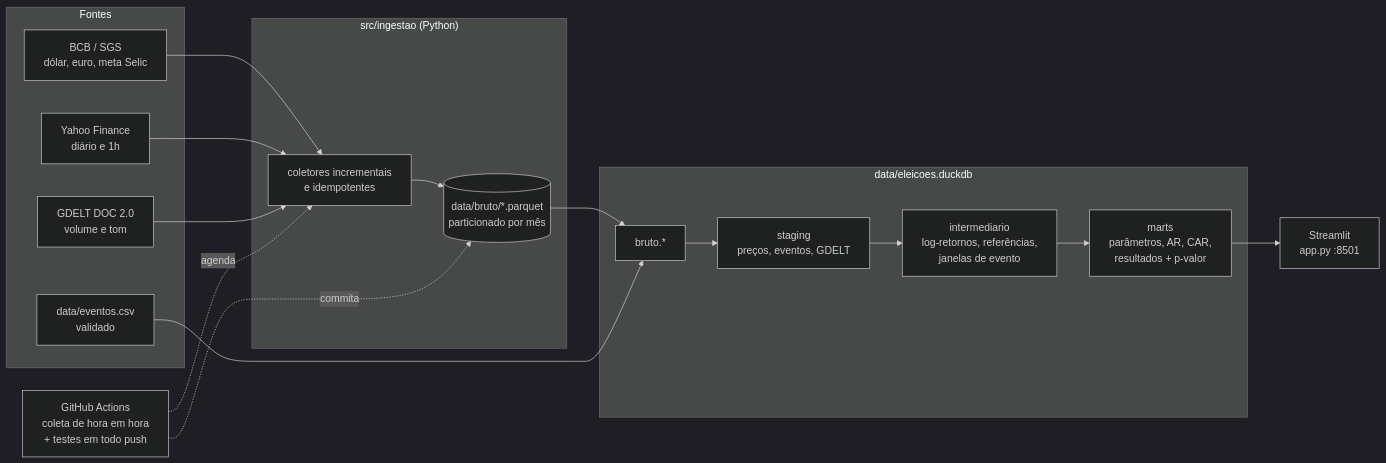
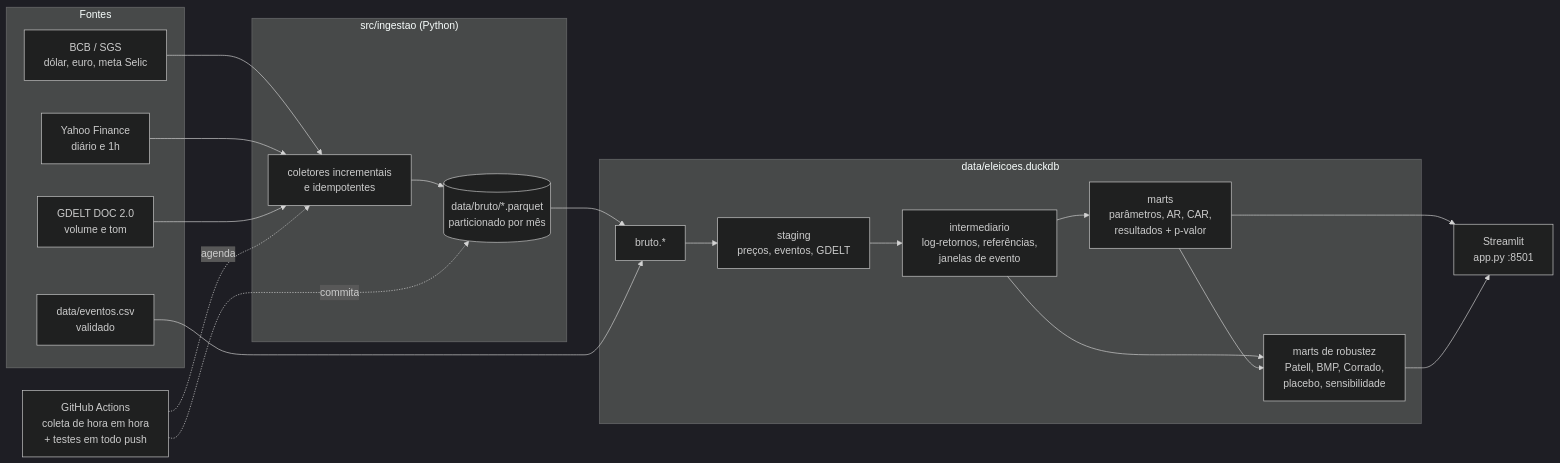
Before and after one commit to ArthurDavila879/eleicoes-mercado: the diagram in README.md, drawn with Mermaid (dark theme). The commit also changed other lines of this file and 111 other files, not shown here.

First line of the commit message:
Fase 1: robustez estatística (Patell, BMP, Corrado, placebo, sensibilidade, Holm)

````diff
--- a/README.md
+++ b/README.md
@@ -19,28 +19,31 @@
 ```mermaid
 flowchart LR
     subgraph Fontes
         BCB[BCB / SGS<br/>dólar, euro, meta Selic]
         YF[Yahoo Finance<br/>diário e 1h]
         GD[GDELT DOC 2.0<br/>volume e tom]
         EV[data/eventos.csv<br/>validado]
     end
     subgraph Ingestão["src/ingestao (Python)"]
         COL[coletores incrementais<br/>e idempotentes]
         PQ[(data/bruto/*.parquet<br/>particionado por mês)]
     end
     subgraph DuckDB["data/eleicoes.duckdb"]
         BR[bruto.*]
         STG[staging<br/>preços, eventos, GDELT]
         INT[intermediario<br/>log-retornos, referências,<br/>janelas de evento]
         MRT[marts<br/>parâmetros, AR, CAR,<br/>resultados + p-valor]
+        ROB[marts de robustez<br/>Patell, BMP, Corrado,<br/>placebo, sensibilidade]
     end
     GA[GitHub Actions<br/>coleta de hora em hora<br/>+ testes em todo push]
     APP[Streamlit<br/>app.py :8501]
 
     BCB & YF & GD --> COL --> PQ --> BR
     EV --> BR
     BR --> STG --> INT --> MRT
-    MRT --> APP
+    INT --> ROB
+    MRT --> ROB
+    MRT & ROB --> APP
     GA -. agenda .-> COL
     GA -. commita .-> PQ
 ```
````
